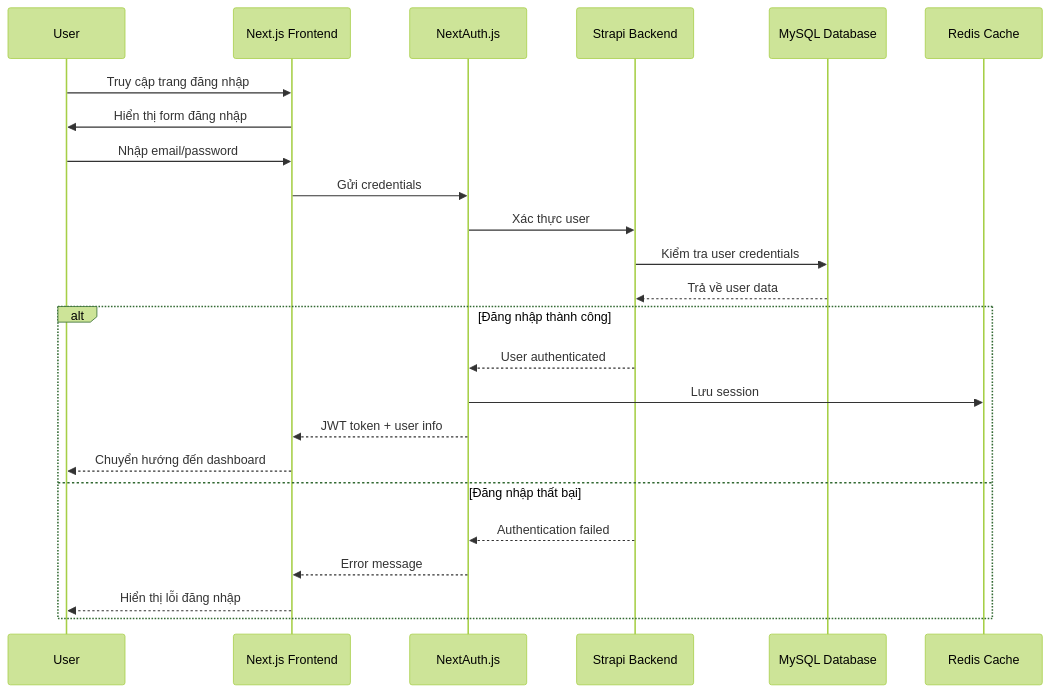
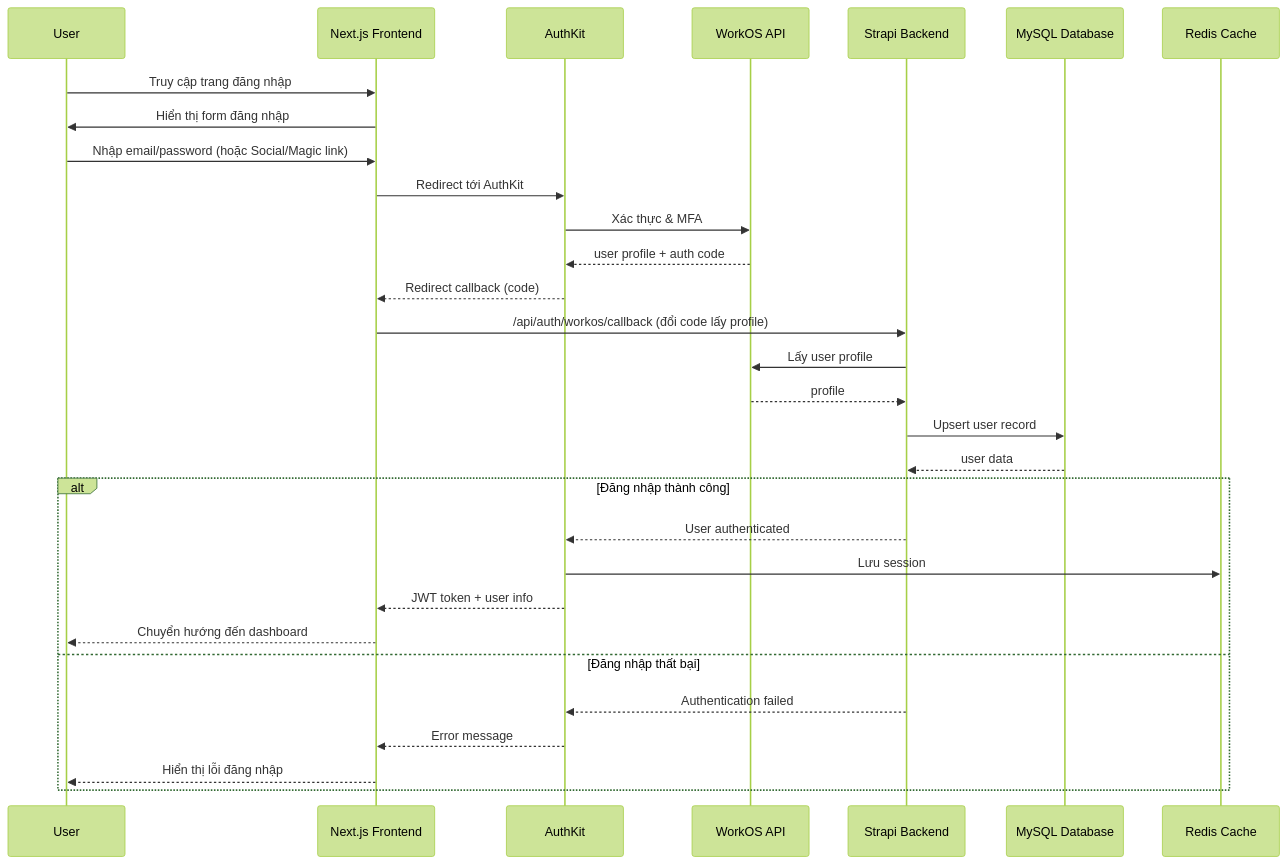
The second of 12 diagrams in README.md (phucalaziz/unihub), drawn with Mermaid (forest theme) before and after one commit. The commit also changed other lines of this file, not shown here.

````diff
--- a/README.md
+++ b/README.md
@@ -169,29 +170,35 @@
 ```mermaid
 sequenceDiagram
     participant U as User
     participant UI as Next.js Frontend
-    participant AUTH as NextAuth.js
+    participant AUTH as AuthKit
+    participant WORKOS as WorkOS API
     participant STRAPI as Strapi Backend
     participant DB as MySQL Database
     participant REDIS as Redis Cache
     
     U->>UI: Truy cập trang đăng nhập
     UI->>U: Hiển thị form đăng nhập
     
-    U->>UI: Nhập email/password
-    UI->>AUTH: Gửi credentials
-    AUTH->>STRAPI: Xác thực user
-    STRAPI->>DB: Kiểm tra user credentials
-    DB-->>STRAPI: Trả về user data
+    U->>UI: Nhập email/password (hoặc Social/Magic link)
+    UI->>AUTH: Redirect tới AuthKit
+    AUTH->>WORKOS: Xác thực & MFA
+    WORKOS-->>AUTH: user profile + auth code
+    AUTH-->>UI: Redirect callback (code)
+    UI->>STRAPI: /api/auth/workos/callback (đổi code lấy profile)
+    STRAPI->>WORKOS: Lấy user profile
+    WORKOS-->>STRAPI: profile
+    STRAPI->>DB: Upsert user record
+    DB-->>STRAPI: user data
     
     alt Đăng nhập thành công
         STRAPI-->>AUTH: User authenticated
         AUTH->>REDIS: Lưu session
         AUTH-->>UI: JWT token + user info
         UI-->>U: Chuyển hướng đến dashboard
     else Đăng nhập thất bại
         STRAPI-->>AUTH: Authentication failed
         AUTH-->>UI: Error message
         UI-->>U: Hiển thị lỗi đăng nhập
     end
 ```
````
